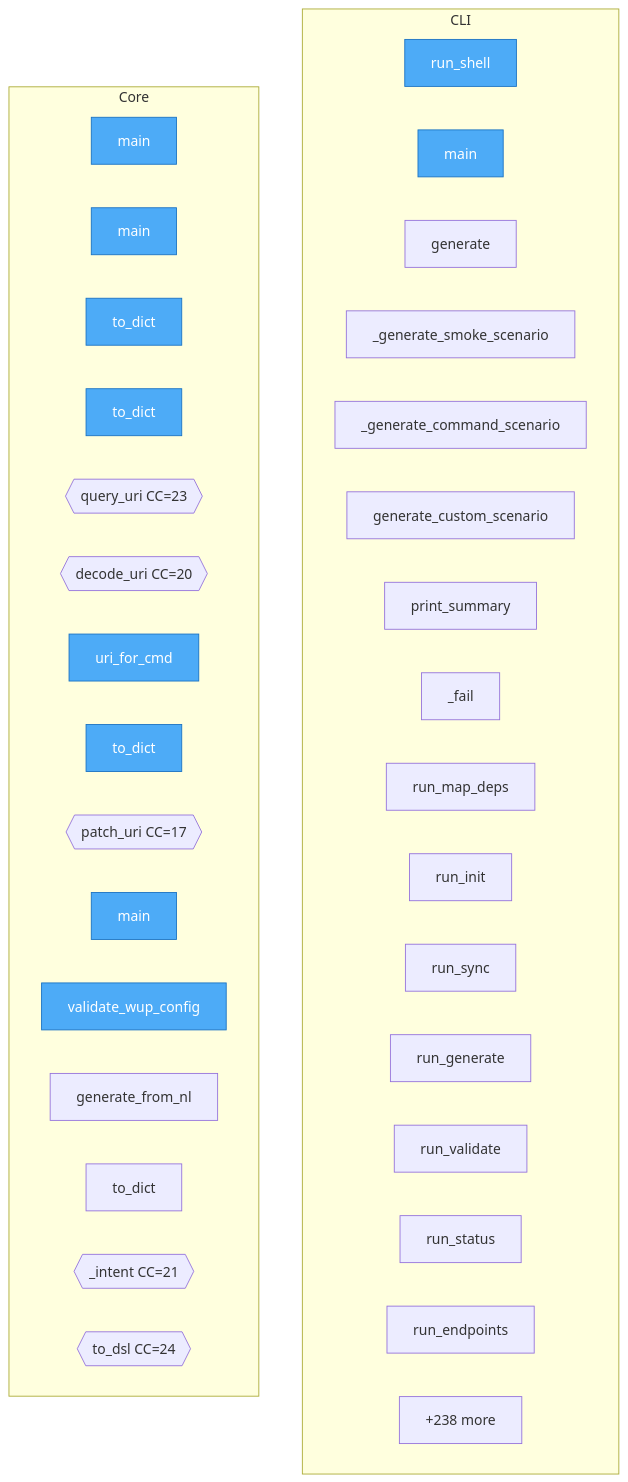
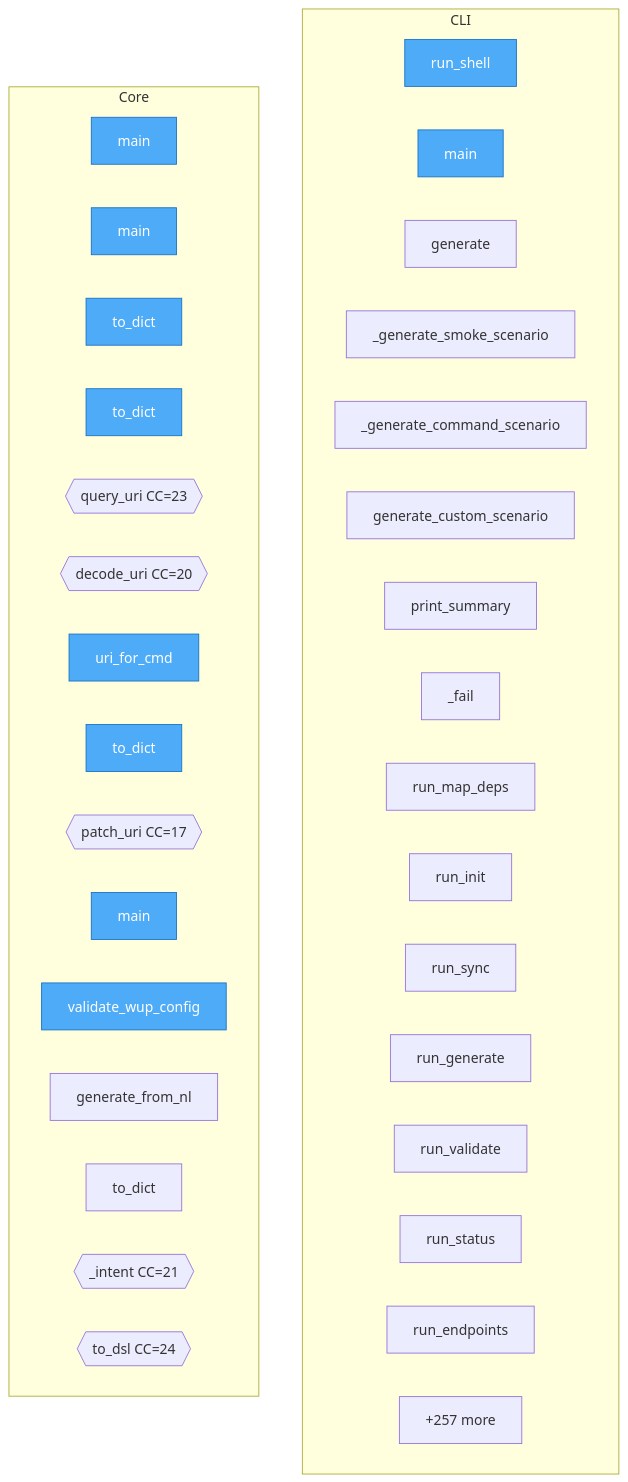
One commit to semcod/wup changed the diagram in project/flow.mmd. Above: the diagram before and after it, drawn with Mermaid. The commit also changed 21 other files, not shown here.

```diff
--- a/project/flow.mmd
+++ b/project/flow.mmd
@@ -1,45 +1,45 @@
 flowchart TD
-%% generated in 0.07s
+%% generated in 0.09s
 
     %% Entry points (blue)
     classDef entry fill:#4dabf7,stroke:#1971c2,color:#fff
 
     subgraph CLI
         packages__cli2wup__src__cli2wup__cli__run_shell["run_shell"]
         packages__cli2wup__src__cli2wup__cli__main["main"]
         wup__testql_cli_generator__TestQLCLIGenerator__generate["generate"]
         wup__testql_cli_generator__TestQLCLIGenerator___generate_smoke_scenario["_generate_smoke_scenario"]
         wup__testql_cli_generator__TestQLCLIGenerator___generate_command_scenario["_generate_command_scenario"]
         wup__testql_cli_generator__TestQLCLIGenerator__generate_custom_scenario["generate_custom_scenario"]
         wup__testql_cli_generator__TestQLCLIGenerator__print_summary["print_summary"]
         wup__cli_bridge___fail["_fail"]
         wup__cli_bridge__run_map_deps["run_map_deps"]
         wup__cli_bridge__run_init["run_init"]
         wup__cli_bridge__run_sync["run_sync"]
         wup__cli_bridge__run_generate["run_generate"]
         wup__cli_bridge__run_validate["run_validate"]
         wup__cli_bridge__run_status["run_status"]
         wup__cli_bridge__run_endpoints["run_endpoints"]
-        ...["+50 more"]
+        ...["+52 more"]
     end
 
     subgraph Core
         packages__rest2wup__src__rest2wup__cli__main["main"]
         packages__uri2wup__src__uri2wup__cli__main["main"]
         packages__uri2wup__src__uri2wup__nlp2uri__UriHit__to_dict["to_dict"]
         packages__uri2wup__src__uri2wup__query__QueryResult__to_dict["to_dict"]
         packages__uri2wup__src__uri2wup__query__query_uri{{query_uri CC=23}}
         packages__uri2wup__src__uri2wup__decode__decode_uri{{decode_uri CC=20}}
         packages__uri2wup__src__uri2wup__uri__uri_for_cmd["uri_for_cmd"]
         packages__uri2wup__src__uri2wup__patch__PatchResult__to_dict["to_dict"]
         packages__uri2wup__src__uri2wup__patch__patch_uri{{patch_uri CC=17}}
         packages__nlp2wup__src__nlp2wup__cli__main["main"]
         packages__nlp2wup__src__nlp2wup__validate__validate_wup_config["validate_wup_config"]
         packages__nlp2wup__src__nlp2wup__generate__generate_from_nl["generate_from_nl"]
         packages__nlp2wup__src__nlp2wup__apply__ApplyResult__to_dict["to_dict"]
         packages__nlp2wup__src__nlp2wup__apply___intent{{_intent CC=21}}
         packages__nlp2wup__src__nlp2wup__apply__to_dsl{{to_dsl CC=24}}
-        ...["+238 more"]
+        ...["+257 more"]
     end
 
     class packages__cli2wup__src__cli2wup__cli__run_shell,packages__cli2wup__src__cli2wup__cli__main,packages__rest2wup__src__rest2wup__cli__main,packages__uri2wup__src__uri2wup__cli__main,packages__uri2wup__src__uri2wup__nlp2uri__UriHit__to_dict,packages__uri2wup__src__uri2wup__query__QueryResult__to_dict,packages__uri2wup__src__uri2wup__uri__uri_for_cmd,packages__uri2wup__src__uri2wup__patch__PatchResult__to_dict,packages__nlp2wup__src__nlp2wup__cli__main,packages__nlp2wup__src__nlp2wup__validate__validate_wup_config entry
```
